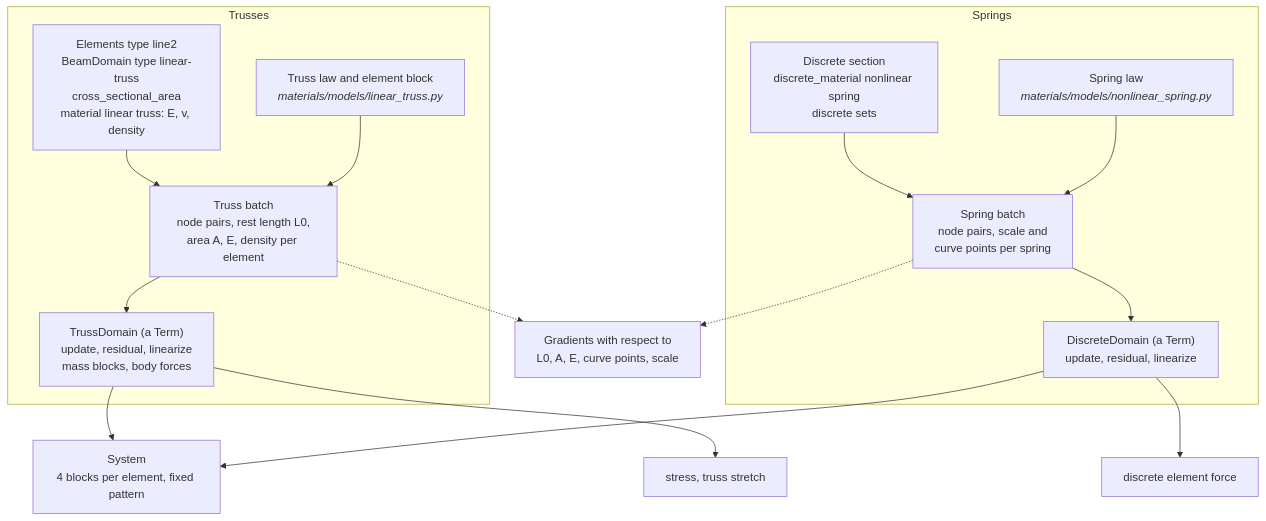
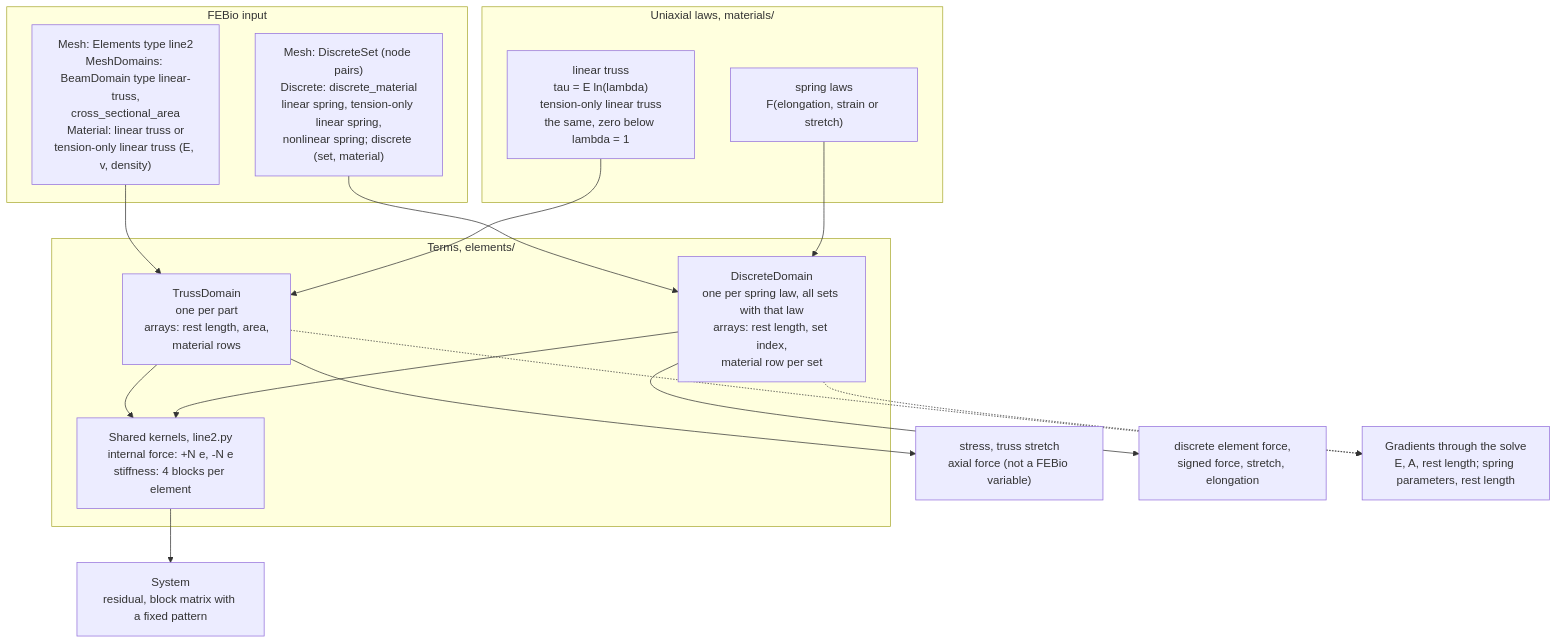
One commit to JolleyLab/FEBio-Warp-Python changed the first of 2 diagrams in docs/design/chordae.md. Above: the diagram before and after it, drawn with Mermaid. The commit also changed other lines of this file and 6 other files, not shown here.

````diff
--- a/docs/design/chordae.md
+++ b/docs/design/chordae.md
@@ -23,21 +28,30 @@
 ```mermaid
 flowchart TB
-    subgraph truss["Trusses"]
-        tin["Elements type line2<br/>BeamDomain type linear-truss<br/>cross_sectional_area<br/>material linear truss: E, v, density"] --> tb["Truss batch<br/>node pairs, rest length L0,<br/>area A, E, density per element"]
-        tlaw["Truss law and element block<br/><i>materials/models/linear_truss.py</i>"] --> tb
-        tb --> tt["TrussDomain (a Term)<br/>update, residual, linearize<br/>mass blocks, body forces"]
+    subgraph input["FEBio input"]
+        tin["Mesh: Elements type line2<br/>MeshDomains: BeamDomain type linear-truss,<br/>cross_sectional_area<br/>Material: linear truss or<br/>tension-only linear truss (E, v, density)"]
+        sin["Mesh: DiscreteSet (node pairs)<br/>Discrete: discrete_material<br/>linear spring, tension-only linear spring,<br/>nonlinear spring; discrete (set, material)"]
     end
 
-    subgraph spring["Springs"]
-        sin["Discrete section<br/>discrete_material nonlinear spring<br/>discrete sets"] --> sb["Spring batch<br/>node pairs, scale and<br/>curve points per spring"]
-        slaw["Spring law<br/><i>materials/models/nonlinear_spring.py</i>"] --> sb
-        sb --> st["DiscreteDomain (a Term)<br/>update, residual, linearize"]
+    subgraph laws["Uniaxial laws, materials/"]
+        tlaw["linear truss<br/>tau = E ln(lambda)<br/>tension-only linear truss<br/>the same, zero below lambda = 1"]
+        slaw["spring laws<br/>F(elongation, strain or stretch)"]
     end
 
-    tt --> sys["System<br/>4 blocks per element, fixed pattern"]
-    st --> sys
-    tt --> out["stress, truss stretch"]
-    st --> out2["discrete element force"]
-    tb -.-> grad["Gradients with respect to<br/>L0, A, E, curve points, scale"]
-    sb -.-> grad
+    subgraph terms["Terms, elements/"]
+        td["TrussDomain<br/>one per part<br/>arrays: rest length, area,<br/>material rows"]
+        dd["DiscreteDomain<br/>one per spring law, all sets with that law<br/>arrays: rest length, set index,<br/>material row per set"]
+        shared["Shared kernels, line2.py<br/>internal force: +N e, -N e<br/>stiffness: 4 blocks per element"]
+    end
+
+    tin --> td
+    sin --> dd
+    tlaw --> td
+    slaw --> dd
+    td --> shared
+    dd --> shared
+    shared --> sys["System<br/>residual, block matrix with a fixed pattern"]
+    td --> out1["stress, truss stretch<br/>axial force (not a FEBio variable)"]
+    dd --> out2["discrete element force,<br/>signed force, stretch, elongation"]
+    td -.-> grad["Gradients through the solve<br/>E, A, rest length; spring parameters, rest length"]
+    dd -.-> grad
 ```
````
